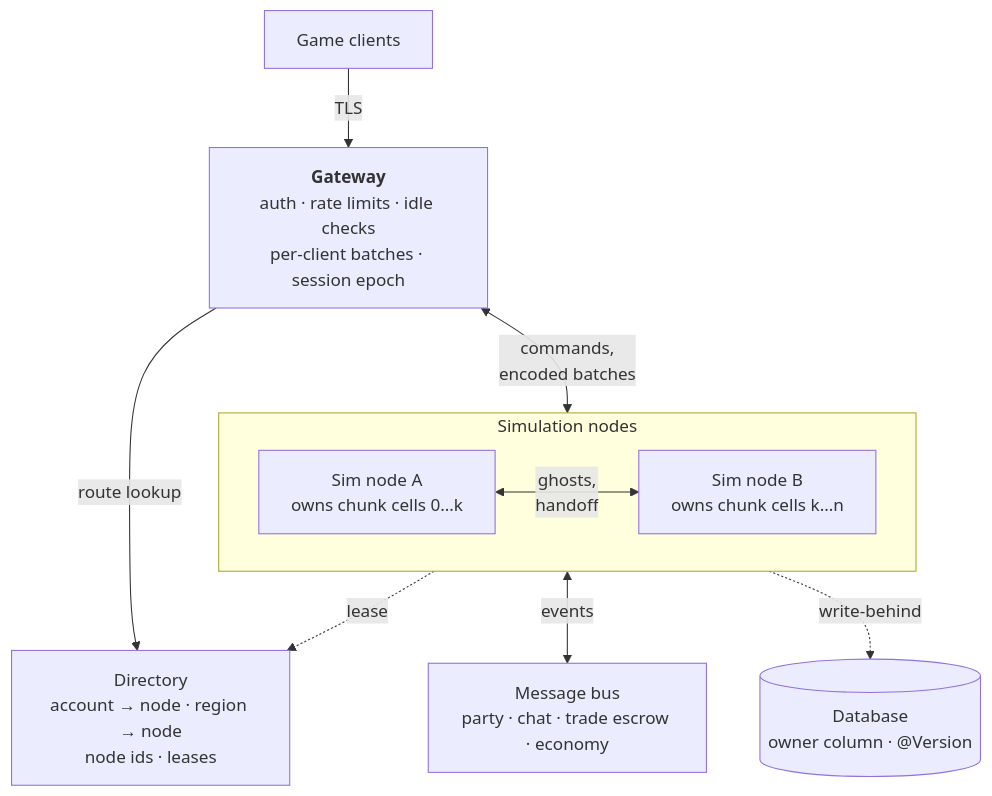
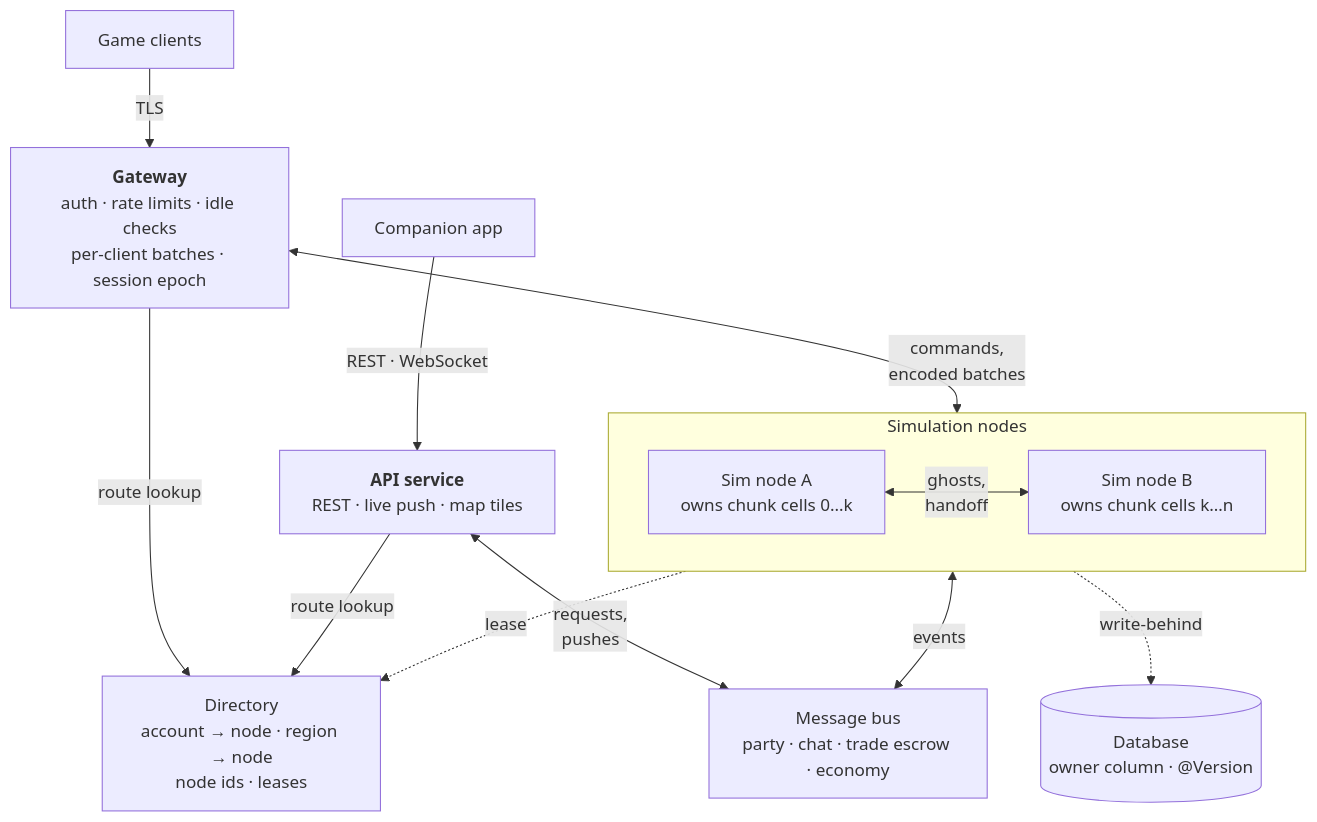
The diagram in content/docs/server/cluster-path.md (tfelix/bestia-docs), drawn with Mermaid before and after one commit. The commit also changed other lines of this file and 1 other file, not shown here.

First line of the commit message:
docs(server): add the API service and Valkey to the cluster design

````diff
--- a/content/docs/server/cluster-path.md
+++ b/content/docs/server/cluster-path.md
@@ -16,13 +16,16 @@
 ```mermaid
 graph TB
   C["Game clients"] -->|TLS| GW["<b>Gateway</b><br/>auth · rate limits · idle checks<br/>per-client batches · session epoch"]
   subgraph SIM["Simulation nodes"]
     direction LR
     A["Sim node A<br/>owns chunk cells 0…k"] <-->|"ghosts,<br/>handoff"| B["Sim node B<br/>owns chunk cells k…n"]
   end
   GW <-->|"commands,<br/>encoded batches"| SIM
   GW -->|route lookup| DIR["Directory<br/>account → node · region → node<br/>node ids · leases"]
   SIM -.->|lease| DIR
   SIM <-->|events| BUS["Message bus<br/>party · chat · trade escrow · economy"]
   SIM -.->|write-behind| DB[("Database<br/>owner column · @Version")]
+  W["Companion app"] -->|"REST · WebSocket"| API["<b>API service</b><br/>REST · live push · map tiles"]
+  API -->|route lookup| DIR
+  API <-->|"requests,<br/>pushes"| BUS
 ```
````
